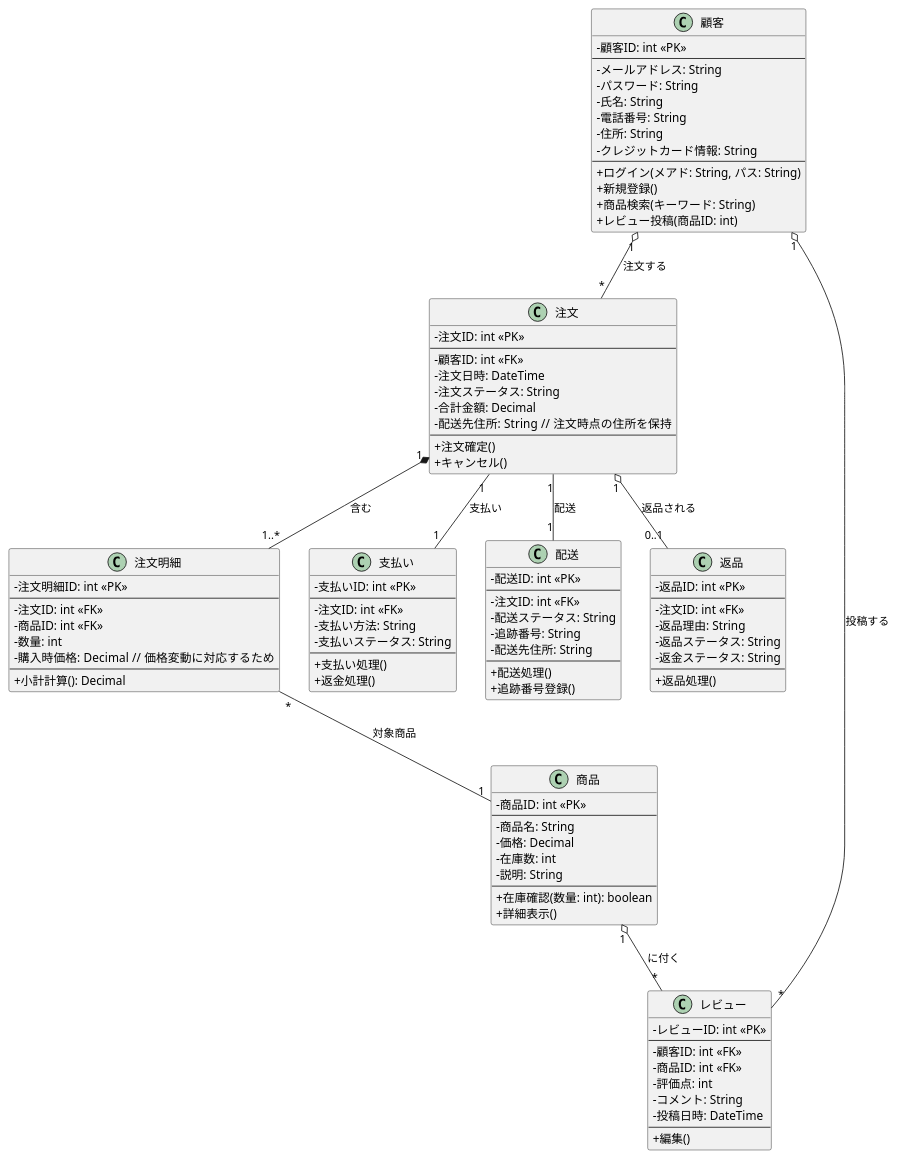
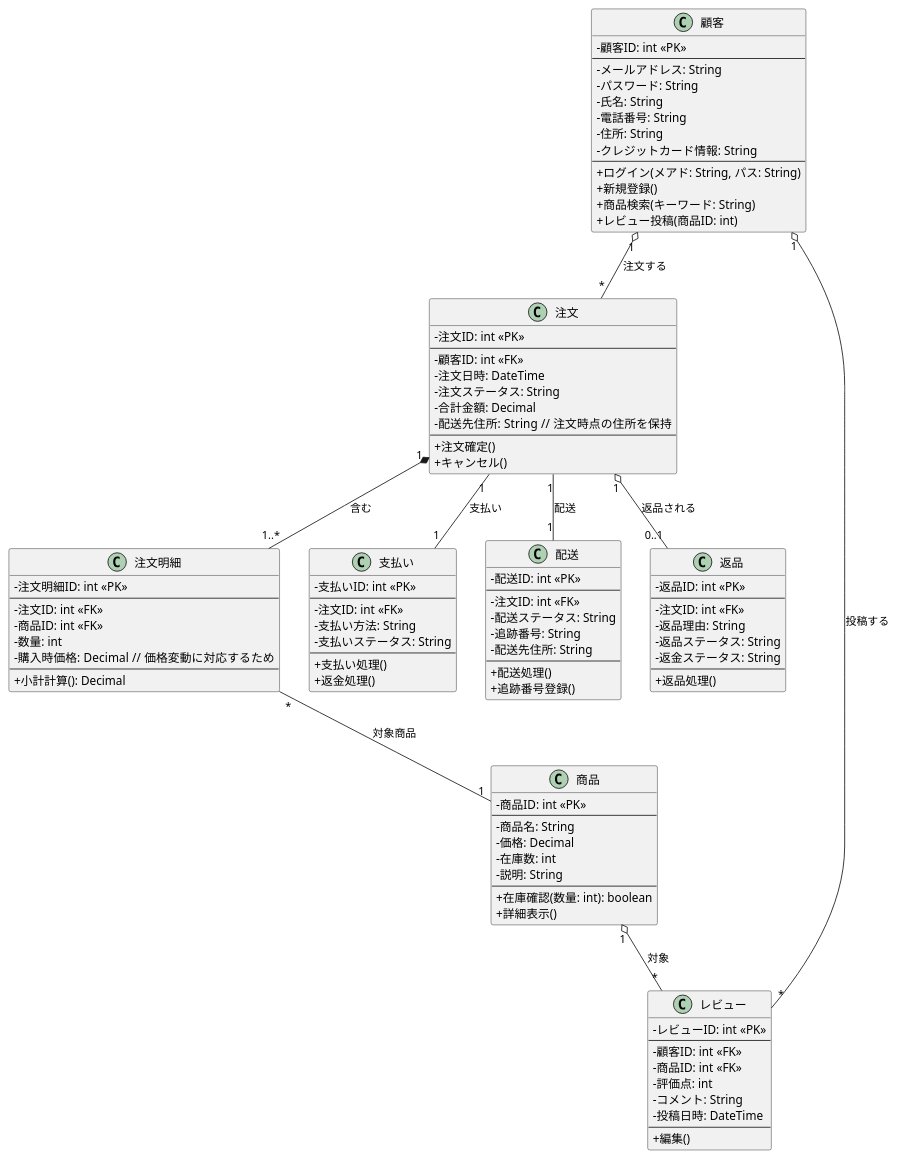
Before and after one commit to mameiku/group3-4: the diagram in class.pu, drawn with PlantUML.

Commit message:
微調整

```diff
--- a/class.pu
+++ b/class.pu
@@ -1,131 +1,133 @@
 @startuml Bag_systemドメインモデル図
 skinparam handwritten false
 skinparam classAttributeIconSize 0
 
 class 顧客 {
     - 顧客ID: int <<PK>>
     --
     - メールアドレス: String
     - パスワード: String
     - 氏名: String
     - 電話番号: String
     - 住所: String
     - クレジットカード情報: String
     --
     + ログイン(メアド: String, パス: String)
     + 新規登録()
     + 商品検索(キーワード: String)
     + レビュー投稿(商品ID: int)
 }
 
 class 商品 {
     - 商品ID: int <<PK>>
     --
     - 商品名: String
     - 価格: Decimal
     - 在庫数: int
     - 説明: String
     --
     + 在庫確認(数量: int): boolean
     + 詳細表示()
 }
 
 class 注文 {
     - 注文ID: int <<PK>>
     --
     - 顧客ID: int <<FK>>
     - 注文日時: DateTime
     - 注文ステータス: String
     - 合計金額: Decimal
     - 配送先住所: String  // 注文時点の住所を保持
     --
     + 注文確定()
     + キャンセル()
 }
 
 class 注文明細 {
     - 注文明細ID: int <<PK>>
     --
     - 注文ID: int <<FK>>
     - 商品ID: int <<FK>>
     - 数量: int
     - 購入時価格: Decimal  // 価格変動に対応するため
     --
     + 小計計算(): Decimal
 }
 
 class レビュー {
     - レビューID: int <<PK>>
     --
     - 顧客ID: int <<FK>>
     - 商品ID: int <<FK>>
     - 評価点: int
     - コメント: String
     - 投稿日時: DateTime
     --
     + 編集()
 }
 
 class 支払い {
     - 支払いID: int <<PK>>
     --
     - 注文ID: int <<FK>>
     - 支払い方法: String
     - 支払いステータス: String
     --
     + 支払い処理()
     + 返金処理()
 }
 
 class 配送 {
     - 配送ID: int <<PK>>
     --
     - 注文ID: int <<FK>>
     - 配送ステータス: String
     - 追跡番号: String
     - 配送先住所: String
     --
     + 配送処理()
     + 追跡番号登録()
 }
 
 class 返品 {
     - 返品ID: int <<PK>>
     --
     - 注文ID: int <<FK>>
     - 返品理由: String
     - 返品ステータス: String
     - 返金ステータス: String
     --
     + 返品処理()
 }
 
 ' ====================================================================
 ' 関連定義 (Associations)
 ' ====================================================================
 
 ' 顧客 - 注文 (一人の顧客が複数の注文)
 顧客 "1" o-- "*" 注文 : 注文する
 
 ' 注文 - 注文明細 (注文は複数の明細を持つ)
 注文 "1" *-- "1..*" 注文明細 : 含む
 
 ' 注文明細 - 商品 (注文明細は、その時点の価格で一つの商品を参照)
 注文明細 "*" -- "1" 商品 : 対象商品
 
 ' 顧客 - レビュー (一人の顧客が複数のレビュー)
 顧客 "1" o-- "*" レビュー : 投稿する
 
+' ********** 修正箇所 **********
 ' 商品 - レビュー (一つの商品に複数のレビュー)
-商品 "1" o-- "*" レビュー : に付く
+商品 "1" o-- "*" レビュー : 対象
+' ******************************
 
 ' 注文 - 支払い (一つの注文に一つの支払い)
 注文 "1" -- "1" 支払い : 支払い
 
 ' 注文 - 配送 (一つの注文に一つの配送)
 注文 "1" -- "1" 配送 : 配送
 
 ' 注文 - 返品 (一つの注文は0回または1回の返品。完全返品を想定)
 注文 "1" o-- "0..1" 返品 : 返品される
 
 @enduml
```
